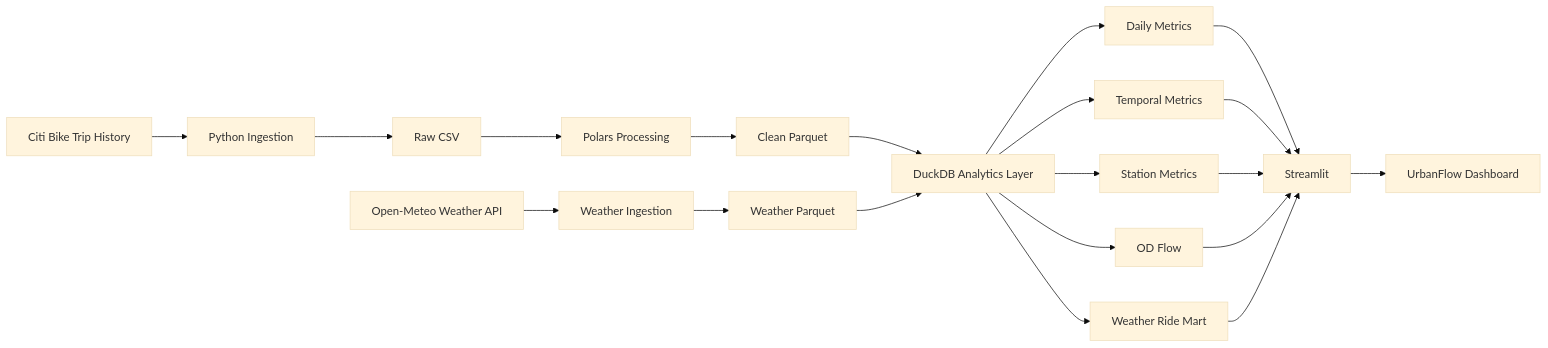
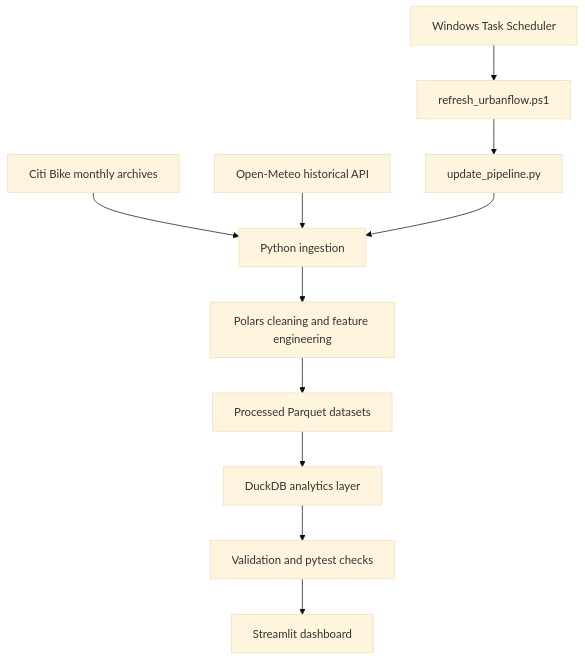
Before and after one commit to Hungnguyencode/coursework-urbanflow: the diagram in README.md, drawn with Mermaid (base theme). The commit also changed other lines of this file and 1 other file, not shown here.

````diff
--- a/README.md
+++ b/README.md
@@ -79,29 +92,16 @@
 ```mermaid
-flowchart LR
+flowchart TD
+    A[Citi Bike monthly archives] --> C[Python ingestion]
+    B[Open-Meteo historical API] --> C
 
-    A[Citi Bike Trip History] --> B[Python Ingestion]
-    W[Open-Meteo Weather API] --> B2[Weather Ingestion]
+    C --> D[Polars cleaning and feature engineering]
+    D --> E[Processed Parquet datasets]
+    E --> F[DuckDB analytics layer]
 
-    B --> C[Raw CSV]
-    C --> D[Polars Processing]
-    D --> E[Clean Parquet]
+    F --> G[Validation and pytest checks]
+    G --> H[Streamlit dashboard]
 
-    B2 --> F[Weather Parquet]
-
-    E --> G[DuckDB Analytics Layer]
-    F --> G
-
-    G --> H[Daily Metrics]
-    G --> I[Temporal Metrics]
-    G --> J[Station Metrics]
-    G --> K[OD Flow]
-    G --> L[Weather Ride Mart]
-
-    H --> M[Streamlit]
-    I --> M
-    J --> M
-    K --> M
-    L --> M
-
-    M --> N[UrbanFlow Dashboard]
+    I[Windows Task Scheduler] --> J[refresh_urbanflow.ps1]
+    J --> K[update_pipeline.py]
+    K --> C
 ```
````
